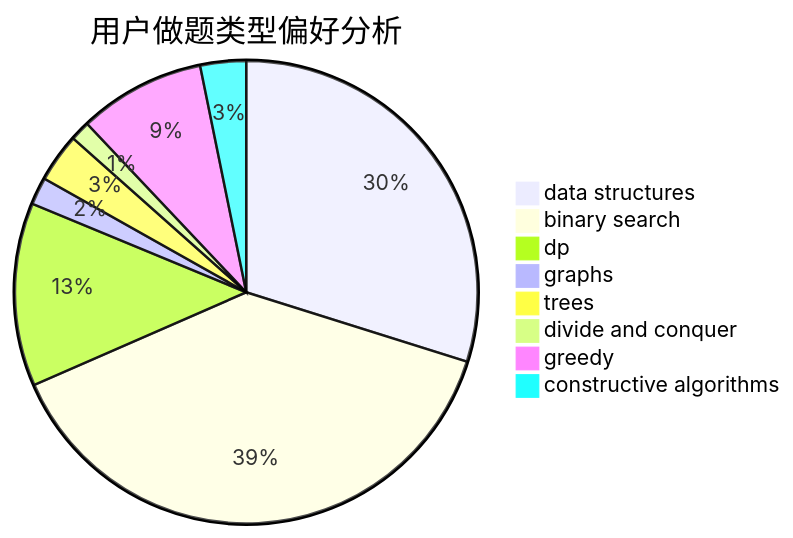
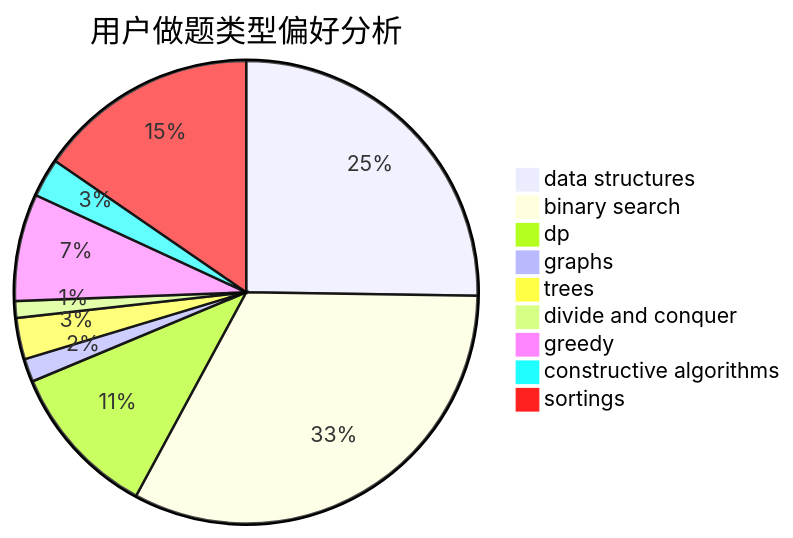
The second of 3 diagrams in docs/user/u271.md (sherpahu/cfrs.github.io), drawn with Mermaid before and after one commit. The commit also changed other lines of this file and 2769 other files, not shown here.

````diff
--- a/docs/user/u271.md
+++ b/docs/user/u271.md
@@ -23,11 +18,12 @@
 ```mermaid
 pie title 用户做题类型偏好分析
     "data structures" :  280
     "binary search" :  362
     "dp" :  120
     "graphs" :  18
     "trees" :  32
     "divide and conquer" :  13
     "greedy" :  83
     "constructive algorithms" :  30
+    "sortings" :  171
 ```
````
